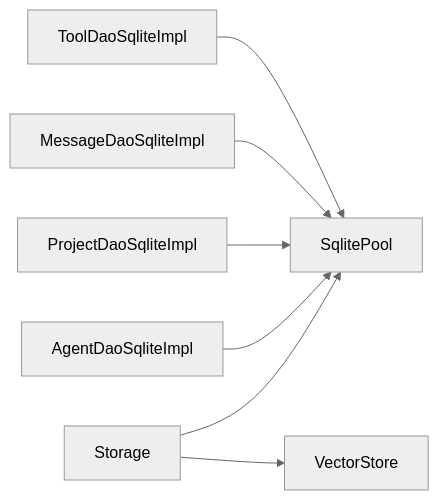
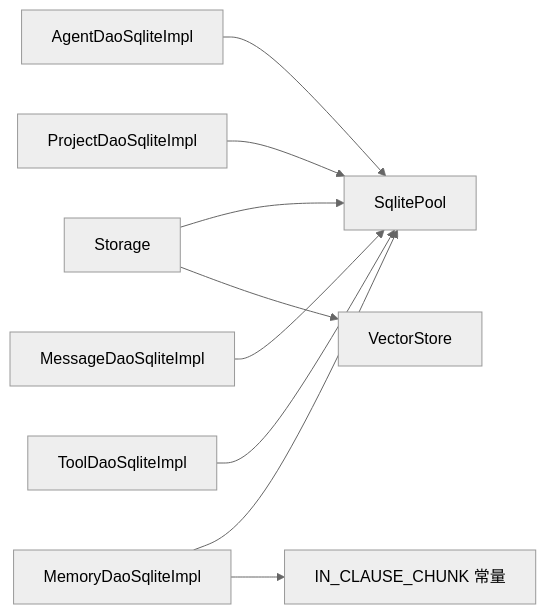
One commit to runningcoders/ai_orz changed the fifth of 5 diagrams in .qoder/repowiki/zh/content/核心模块/服务层/数据对象层 (DAO)/SQLite 数据访问对象.md. Above: the diagram before and after it, drawn with Mermaid (neutral theme). The commit also changed other lines of this file and 5 other files, not shown here.

Commit message:
docs(wiki): 知识引擎增量更新（记忆系统架构/DAO SQLite/知识关系管理卡片同步遍历优化改动）

````diff
--- a/.qoder/repowiki/zh/content/核心模块/服务层/数据对象层 (DAO)/SQLite 数据访问对象.md
+++ b/.qoder/repowiki/zh/content/核心模块/服务层/数据对象层 (DAO)/SQLite 数据访问对象.md
@@ -237,9 +232,11 @@
 ```mermaid
 graph LR
 Storage["Storage"] --> Pool["SqlitePool"]
 Storage --> Vector["VectorStore"]
 DAO_Agent["AgentDaoSqliteImpl"] --> Pool
 DAO_Project["ProjectDaoSqliteImpl"] --> Pool
 DAO_Message["MessageDaoSqliteImpl"] --> Pool
 DAO_Tool["ToolDaoSqliteImpl"] --> Pool
+DAO_Memory["MemoryDaoSqliteImpl"] --> Pool
+DAO_Memory --> IN_CHUNK["IN_CLAUSE_CHUNK 常量"]
 ```
````
